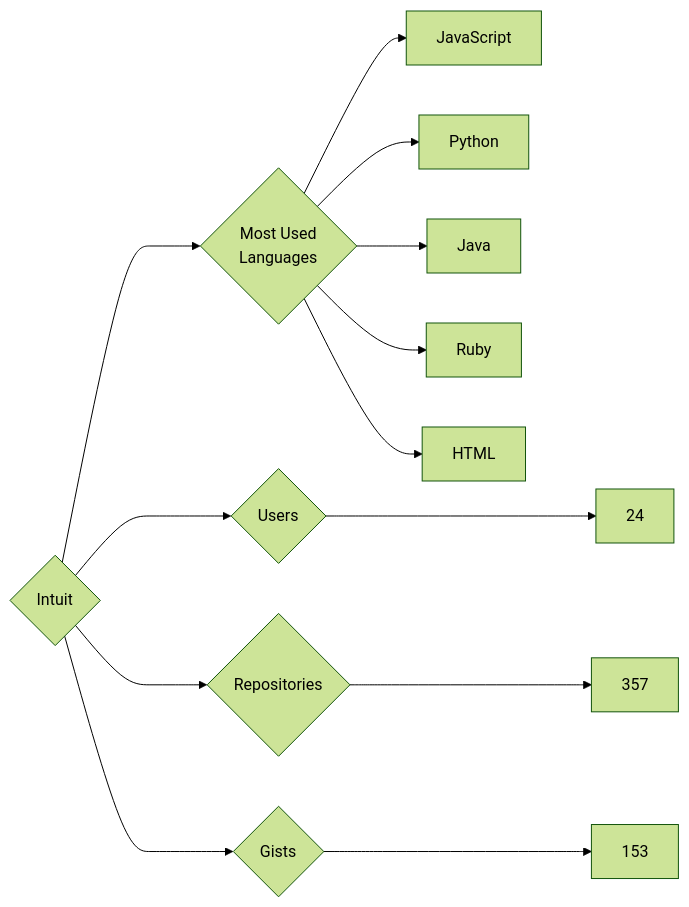
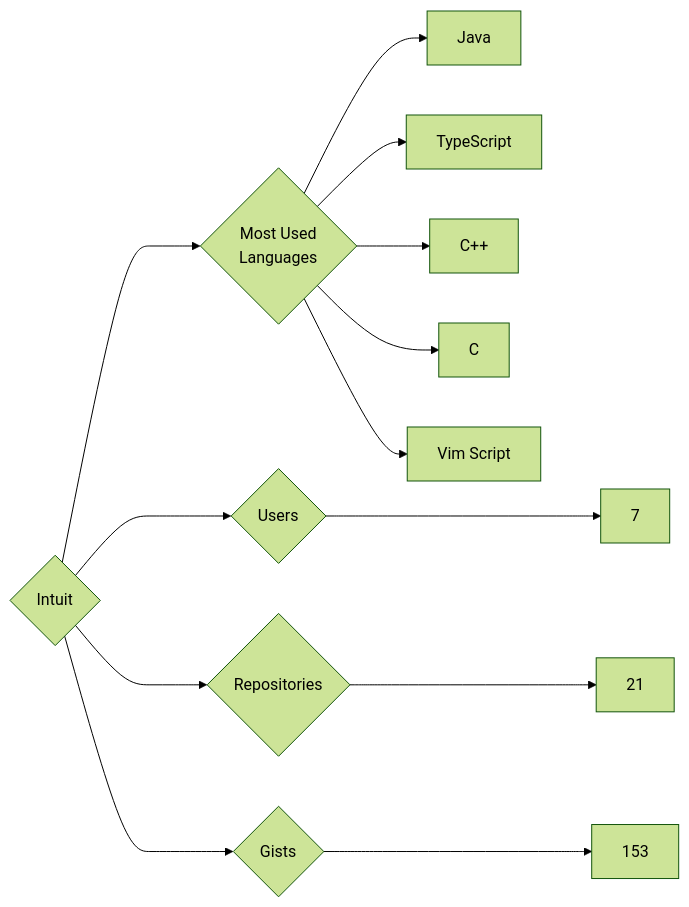
Before and after one commit to trickest/insiders: the diagram in targets/Intuit/README.md, drawn with Mermaid (forest theme). The commit also changed 934 other files, not shown here.

````diff
--- a/targets/Intuit/README.md
+++ b/targets/Intuit/README.md
@@ -3,13 +3,13 @@
 ```mermaid
 graph LR
 COMPANY_NAME{Intuit}
-COMPANY_NAME ---> U{Users} ---> UN[24]
-COMPANY_NAME ---> R{Repositories} ---> RN[357]
+COMPANY_NAME ---> U{Users} ---> UN[7]
+COMPANY_NAME ---> R{Repositories} ---> RN[21]
 COMPANY_NAME ---> G{Gists} ---> GN[153]
 COMPANY_NAME ---> ML{Most Used<br>Languages}
-ML --> JavaScript[JavaScript]
-ML --> Python[Python]
 ML --> Java[Java]
-ML --> Ruby[Ruby]
-ML --> HTML[HTML]
+ML --> TypeScript[TypeScript]
+ML --> C++[C++]
+ML --> C[C]
+ML --> Vim_Script[Vim Script]
 ```
````
